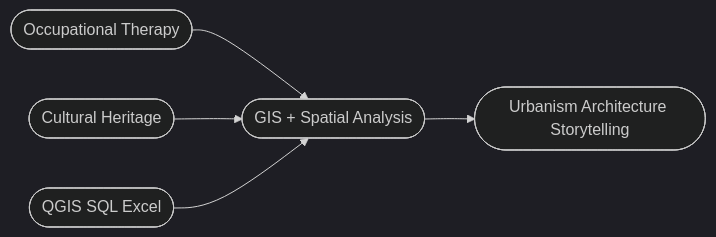
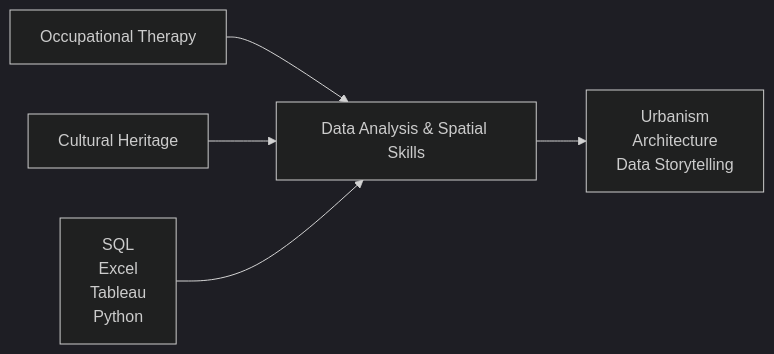
The diagram in README.md (cheyannerichardson/cheyannerichardson), drawn with Mermaid (dark theme) before and after one commit. The commit also changed other lines of this file, not shown here.

````diff
--- a/README.md
+++ b/README.md
@@ -13,7 +11,7 @@
 ```mermaid
 graph LR
-  A([Occupational Therapy]) --> B([GIS + Spatial Analysis])
-  C([Cultural Heritage]) --> B
-  D([QGIS SQL Excel]) --> B
-  B --> E([Urbanism Architecture Storytelling])
+   A[Occupational Therapy] --> B[Data Analysis & Spatial Skills]
+    C[Cultural Heritage] --> B
+    D[SQL<br/>Excel<br/>Tableau<br/>Python] --> B
+    B --> E[Urbanism<br/>Architecture<br/>Data Storytelling]
 ```
````
